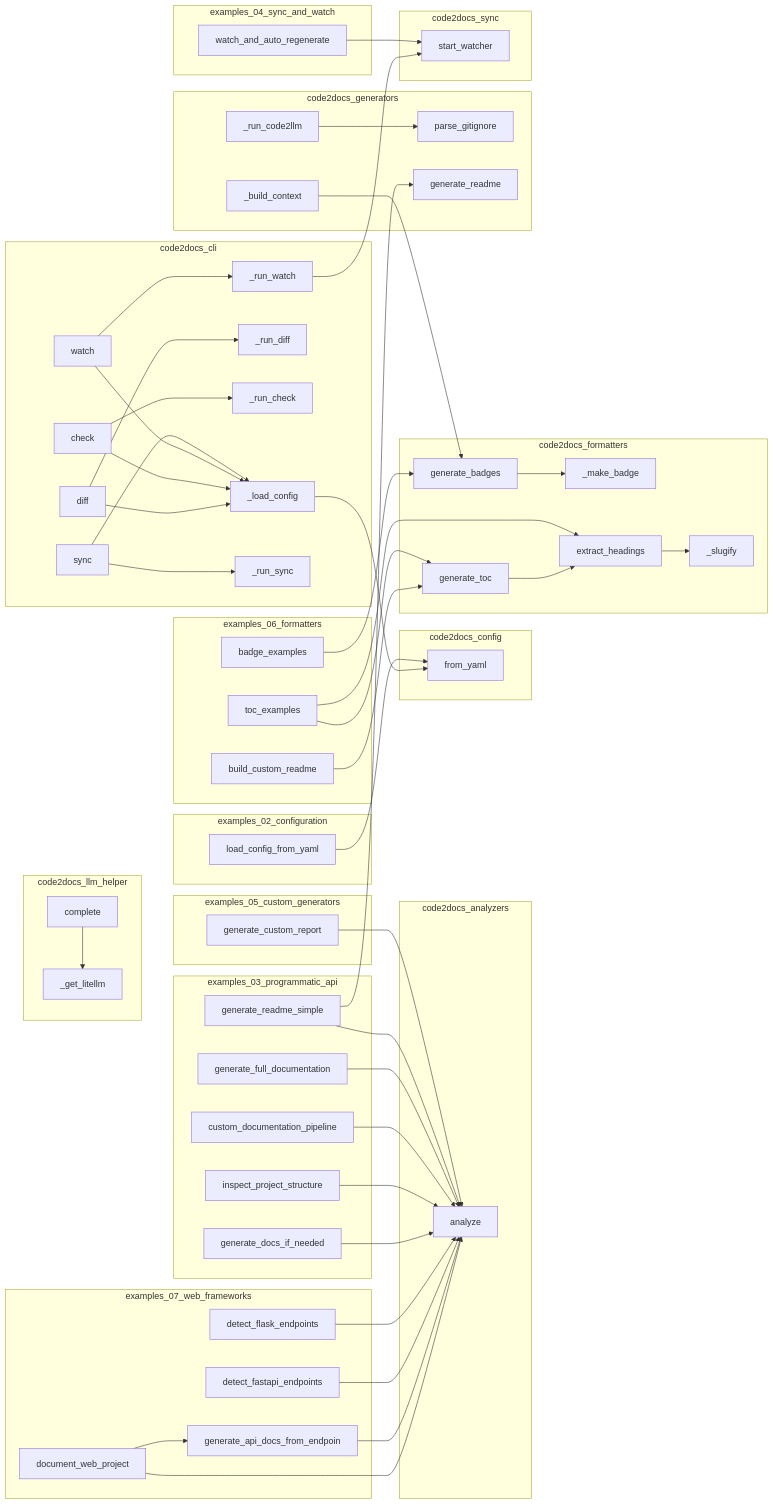
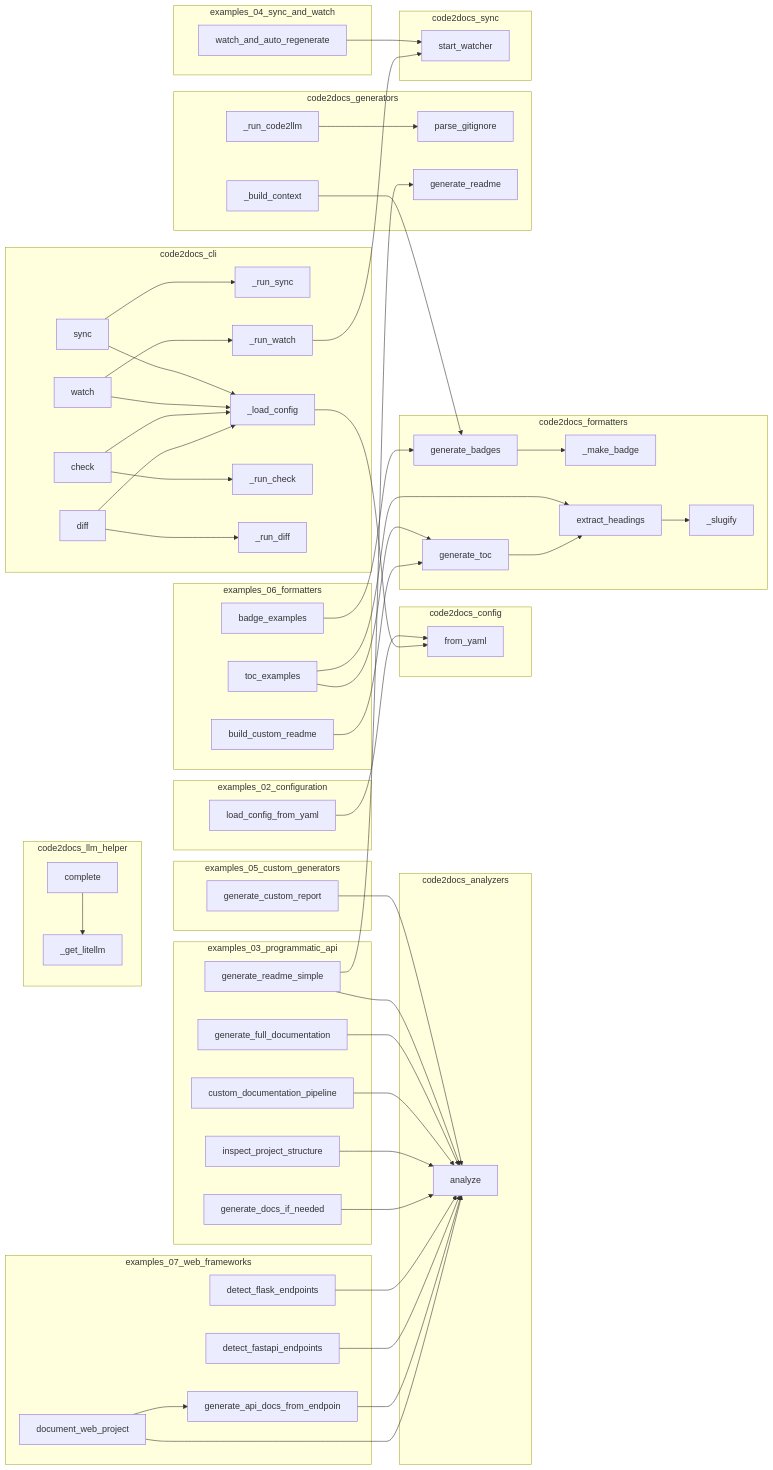
One commit to semcod/code2docs changed the diagram in project/calls.mmd. Above: the diagram before and after it, drawn with Mermaid. The commit also changed other lines of this file and 19 other files, not shown here.

```diff
--- a/project/calls.mmd
+++ b/project/calls.mmd
@@ -1,99 +1,99 @@
 flowchart LR
     subgraph code2docs_analyzers
         code2docs__analyze["analyze"]
     end
     subgraph code2docs_cli
+        code2docs__cli___run_sync["_run_sync"]
+        code2docs__cli___load_config["_load_config"]
         code2docs__cli___run_watch["_run_watch"]
-        code2docs__cli__check["check"]
         code2docs__cli__sync["sync"]
-        code2docs__cli___run_diff["_run_diff"]
+        code2docs__cli__watch["watch"]
         code2docs__cli___run_check["_run_check"]
         code2docs__cli__diff["diff"]
-        code2docs__cli___load_config["_load_config"]
-        code2docs__cli__watch["watch"]
-        code2docs__cli___run_sync["_run_sync"]
+        code2docs__cli__check["check"]
+        code2docs__cli___run_diff["_run_diff"]
     end
     subgraph code2docs_config
         code2docs__config__Code2DocsConfig__from_yaml["from_yaml"]
     end
     subgraph code2docs_formatters
         code2docs__formatters__badges___make_badge["_make_badge"]
+        code2docs__formatters__toc__extract_headings["extract_headings"]
         code2docs__formatters__toc__generate_toc["generate_toc"]
+        code2docs__formatters__toc___slugify["_slugify"]
         code2docs__formatters__badges__generate_badges["generate_badges"]
-        code2docs__formatters__toc__extract_headings["extract_headings"]
-        code2docs__formatters__toc___slugify["_slugify"]
     end
     subgraph code2docs_generators
+        code2docs___build_context["_build_context"]
         code2docs__parse_gitignore["parse_gitignore"]
-        code2docs___build_context["_build_context"]
+        code2docs___run_code2llm["_run_code2llm"]
         code2docs__generators__readme_gen__generate_readme["generate_readme"]
-        code2docs___run_code2llm["_run_code2llm"]
     end
     subgraph code2docs_llm_helper
         code2docs__llm_helper__LLMHelper__complete["complete"]
         code2docs__llm_helper___get_litellm["_get_litellm"]
     end
     subgraph code2docs_sync
         code2docs__sync__watcher__start_watcher["start_watcher"]
     end
     subgraph examples_02_configuration
         examples__02_configuration__load_config_from_yaml["load_config_from_yaml"]
     end
     subgraph examples_03_programmatic_api
+        examples__generate_full_documentation["generate_full_documentation"]
+        examples__inspect_project_structure["inspect_project_structure"]
+        examples__custom_documentation_pipeline["custom_documentation_pipeline"]
         examples__generate_readme_simple["generate_readme_simple"]
         examples__generate_docs_if_needed["generate_docs_if_needed"]
-        examples__custom_documentation_pipeline["custom_documentation_pipeline"]
-        examples__generate_full_documentation["generate_full_documentation"]
-        examples__inspect_project_structure["inspect_project_structure"]
     end
     subgraph examples_04_sync_and_watch
         examples__watch_and_auto_regenerate["watch_and_auto_regenerate"]
     end
     subgraph examples_05_custom_generators
         examples__generate_custom_report["generate_custom_report"]
     end
     subgraph examples_06_formatters
+        examples__06_formatters__badge_examples["badge_examples"]
         examples__06_formatters__build_custom_readme["build_custom_readme"]
         examples__06_formatters__toc_examples["toc_examples"]
-        examples__06_formatters__badge_examples["badge_examples"]
     end
     subgraph examples_07_web_frameworks
+        examples__generate_api_docs_from_endpoints["generate_api_docs_from_endpoin"]
+        examples__detect_fastapi_endpoints["detect_fastapi_endpoints"]
+        examples__detect_flask_endpoints["detect_flask_endpoints"]
         examples__07_web_frameworks__document_web_project["document_web_project"]
-        examples__generate_api_docs_from_endpoints["generate_api_docs_from_endpoin"]
-        examples__detect_flask_endpoints["detect_flask_endpoints"]
-        examples__detect_fastapi_endpoints["detect_fastapi_endpoints"]
     end
     code2docs__llm_helper__LLMHelper__complete --> code2docs__llm_helper___get_litellm
     examples__watch_and_auto_regenerate --> code2docs__sync__watcher__start_watcher
     examples__generate_custom_report --> code2docs__analyze
     examples__06_formatters__badge_examples --> code2docs__formatters__badges__generate_badges
     examples__06_formatters__toc_examples --> code2docs__formatters__toc__generate_toc
     examples__06_formatters__toc_examples --> code2docs__formatters__toc__extract_headings
     examples__06_formatters__build_custom_readme --> code2docs__formatters__toc__generate_toc
     examples__generate_readme_simple --> code2docs__analyze
     examples__generate_readme_simple --> code2docs__generators__readme_gen__generate_readme
     examples__generate_full_documentation --> code2docs__analyze
     examples__custom_documentation_pipeline --> code2docs__analyze
     examples__inspect_project_structure --> code2docs__analyze
     examples__generate_docs_if_needed --> code2docs__analyze
     examples__detect_flask_endpoints --> code2docs__analyze
     examples__detect_fastapi_endpoints --> code2docs__analyze
     examples__generate_api_docs_from_endpoints --> code2docs__analyze
     examples__07_web_frameworks__document_web_project --> code2docs__analyze
     examples__07_web_frameworks__document_web_project --> examples__generate_api_docs_from_endpoints
     examples__02_configuration__load_config_from_yaml --> code2docs__config__Code2DocsConfig__from_yaml
     code2docs__formatters__badges__generate_badges --> code2docs__formatters__badges___make_badge
     code2docs__formatters__toc__generate_toc --> code2docs__formatters__toc__extract_headings
     code2docs__formatters__toc__extract_headings --> code2docs__formatters__toc___slugify
+    code2docs___run_code2llm --> code2docs__parse_gitignore
     code2docs___build_context --> code2docs__formatters__badges__generate_badges
-    code2docs___run_code2llm --> code2docs__parse_gitignore
     code2docs__cli__sync --> code2docs__cli___load_config
     code2docs__cli__sync --> code2docs__cli___run_sync
     code2docs__cli__watch --> code2docs__cli___load_config
     code2docs__cli__watch --> code2docs__cli___run_watch
     code2docs__cli__check --> code2docs__cli___load_config
     code2docs__cli__check --> code2docs__cli___run_check
     code2docs__cli__diff --> code2docs__cli___load_config
     code2docs__cli__diff --> code2docs__cli___run_diff
     code2docs__cli___load_config --> code2docs__config__Code2DocsConfig__from_yaml
     code2docs__cli___run_watch --> code2docs__sync__watcher__start_watcher
```
